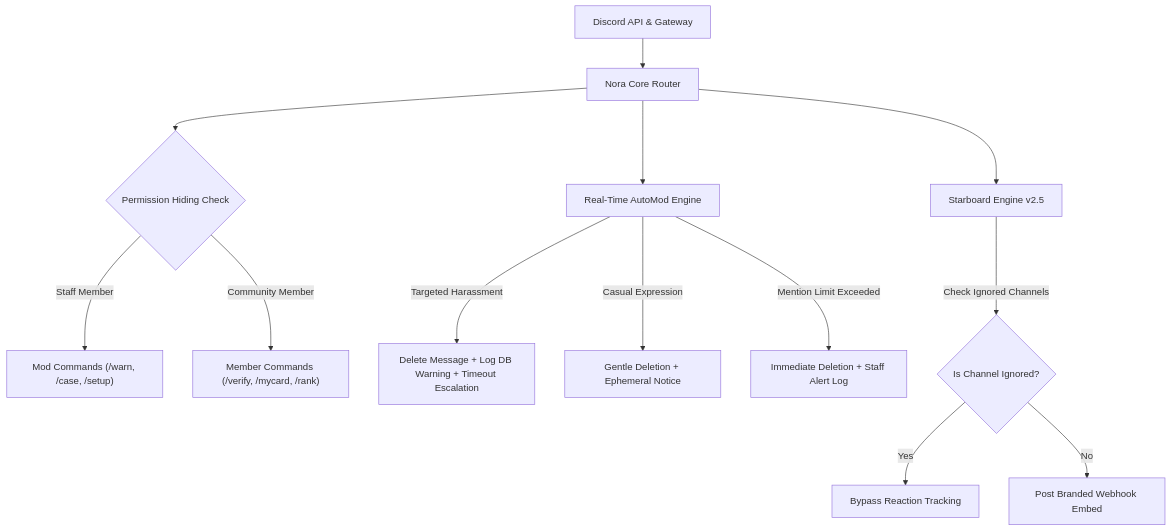
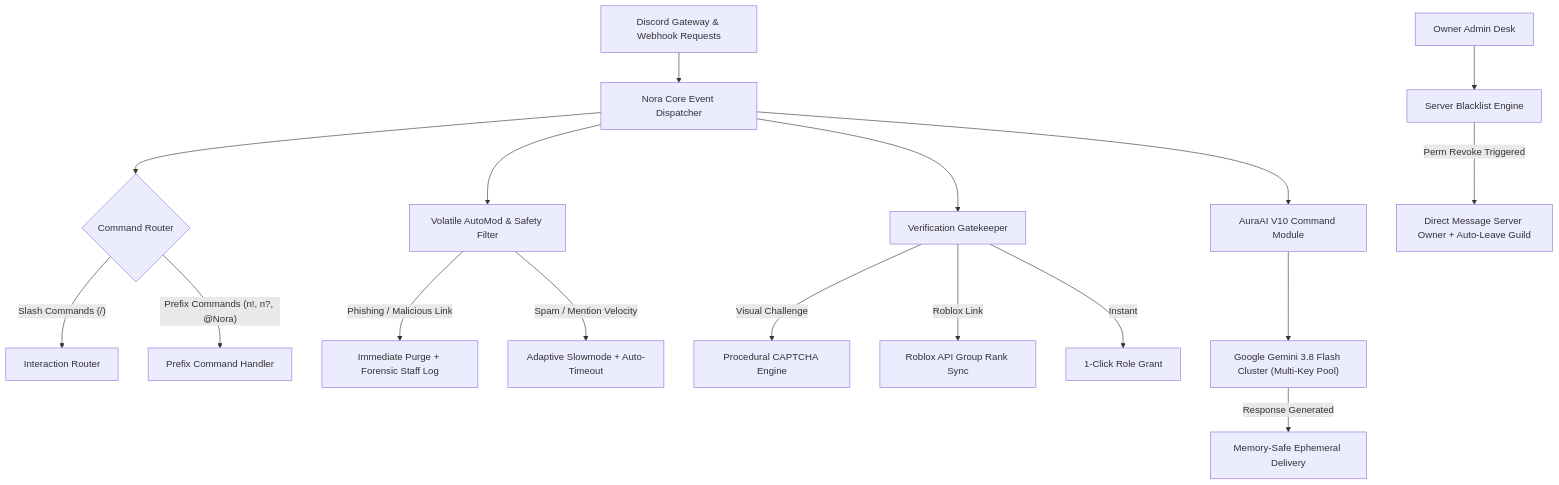
The diagram in README.md (Vaztinix/nora-studio), drawn with Mermaid before and after one commit. The commit also changed other lines of this file and 8 other files, not shown here.

````diff
--- a/README.md
+++ b/README.md
@@ -58,15 +85,24 @@
 ```mermaid
 flowchart TD
-    A["Discord API & Gateway"] --> B["Nora Core Router"]
-    B --> C{"Permission Hiding Check"}
-    C -->|"Staff Member"| D["Mod Commands (/warn, /case, /setup)"]
-    C -->|"Community Member"| E["Member Commands (/verify, /mycard, /rank)"]
-    B --> F["Real-Time AutoMod Engine"]
-    F -->|"Targeted Harassment"| G["Delete Message + Log DB Warning + Timeout Escalation"]
-    F -->|"Casual Expression"| H["Gentle Deletion + Ephemeral Notice"]
-    F -->|"Mention Limit Exceeded"| I["Immediate Deletion + Staff Alert Log"]
-    B --> J["Starboard Engine v2.5"]
-    J -->|"Check Ignored Channels"| K{"Is Channel Ignored?"}
-    K -->|"Yes"| L["Bypass Reaction Tracking"]
-    K -->|"No"| M["Post Branded Webhook Embed"]
+    A["Discord Gateway & Webhook Requests"] --> B["Nora Core Event Dispatcher"]
+    
+    B --> C{"Command Router"}
+    C -->|"Slash Commands (/)"| D["Interaction Router"]
+    C -->|"Prefix Commands (n!, n?, @Nora)"| E["Prefix Command Handler"]
+    
+    B --> F["Volatile AutoMod & Safety Filter"]
+    F -->|"Phishing / Malicious Link"| G["Immediate Purge + Forensic Staff Log"]
+    F -->|"Spam / Mention Velocity"| H["Adaptive Slowmode + Auto-Timeout"]
+    
+    B --> I["Verification Gatekeeper"]
+    I -->|"Visual Challenge"| J["Procedural CAPTCHA Engine"]
+    I -->|"Roblox Link"| K["Roblox API Group Rank Sync"]
+    I -->|"Instant"| L["1-Click Role Grant"]
+    
+    B --> M["AuraAI V10 Command Module"]
+    M --> N["Google Gemini 3.8 Flash Cluster (Multi-Key Pool)"]
+    N -->|"Response Generated"| O["Memory-Safe Ephemeral Delivery"]
+    
+    P["Owner Admin Desk"] --> Q["Server Blacklist Engine"]
+    Q -->|"Perm Revoke Triggered"| R["Direct Message Server Owner + Auto-Leave Guild"]
 ```
````
